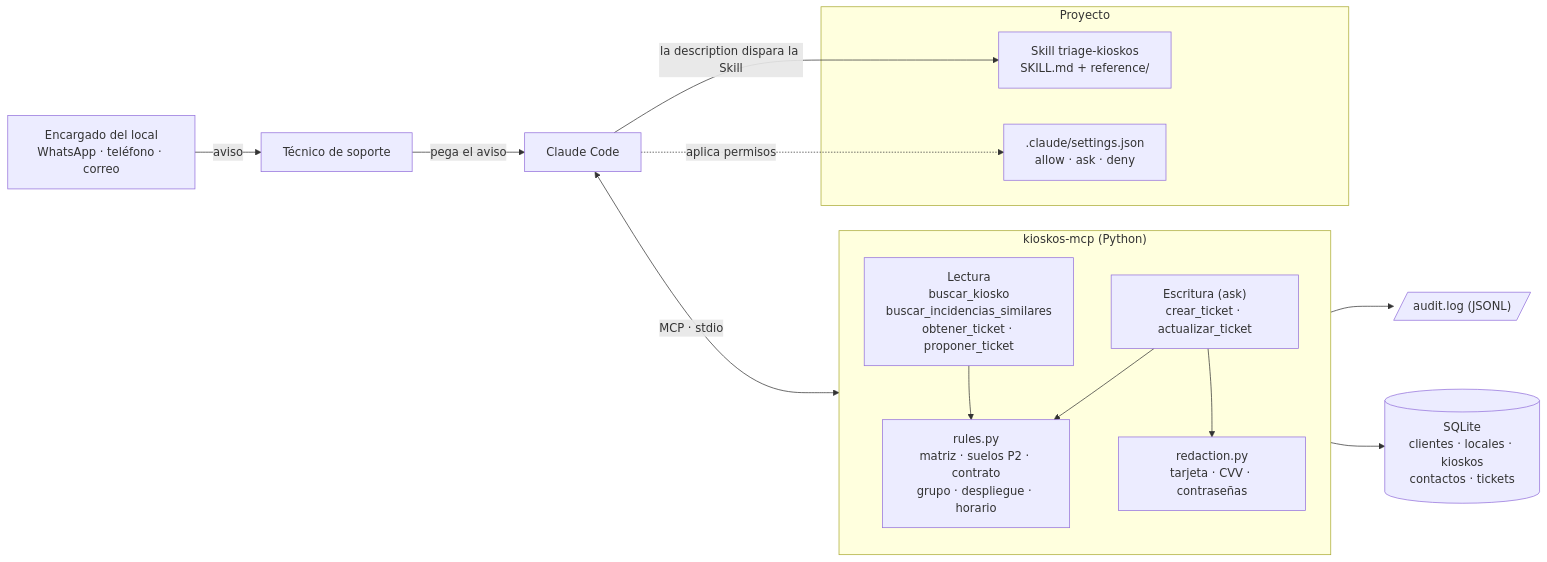
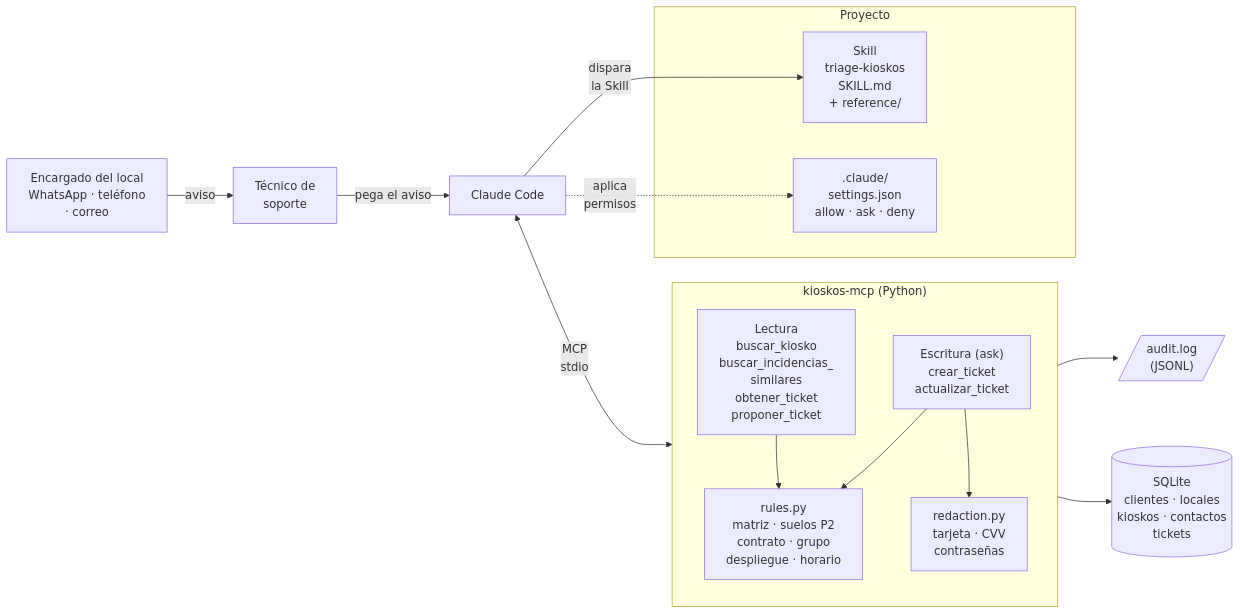
Before and after one commit to ceshino0/soporte-kioskos: the diagram in README.md, drawn with Mermaid.

````diff
--- a/README.md
+++ b/README.md
@@ -34,24 +34,24 @@
 ```mermaid
 flowchart LR
-    L["Encargado del local<br/>WhatsApp · teléfono · correo"] -->|aviso| T[Técnico de soporte]
-    T -->|pega el aviso| CC[Claude Code]
+    L["Encargado del local<br/>WhatsApp · teléfono<br/>· correo"] -->|aviso| T["Técnico de<br/>soporte"]
+    T -->|pega el aviso| CC["Claude Code"]
     subgraph Proyecto
-        SK["Skill triage-kioskos<br/>SKILL.md + reference/"]
-        ST[".claude/settings.json<br/>allow · ask · deny"]
+        SK["Skill<br/>triage-kioskos<br/>SKILL.md<br/>+ reference/"]
+        ST[".claude/<br/>settings.json<br/>allow · ask · deny"]
     end
-    CC -->|la description dispara la Skill| SK
-    CC -. aplica permisos .-> ST
-    CC <-->|MCP · stdio| MCP
+    CC -->|"dispara<br/>la Skill"| SK
+    CC -. "aplica<br/>permisos" .-> ST
+    CC <-->|"MCP<br/>stdio"| MCP
     subgraph MCP["kioskos-mcp (Python)"]
         direction TB
-        R["Lectura<br/>buscar_kiosko<br/>buscar_incidencias_similares<br/>obtener_ticket · proponer_ticket"]
-        W["Escritura (ask)<br/>crear_ticket · actualizar_ticket"]
-        RU["rules.py<br/>matriz · suelos P2 · contrato<br/>grupo · despliegue · horario"]
-        RE["redaction.py<br/>tarjeta · CVV · contraseñas"]
+        R["Lectura<br/>buscar_kiosko<br/>buscar_incidencias_<br/>similares<br/>obtener_ticket<br/>proponer_ticket"]
+        W["Escritura (ask)<br/>crear_ticket<br/>actualizar_ticket"]
+        RU["rules.py<br/>matriz · suelos P2<br/>contrato · grupo<br/>despliegue · horario"]
+        RE["redaction.py<br/>tarjeta · CVV<br/>contraseñas"]
         R --> RU
         W --> RU
         W --> RE
     end
-    MCP --> DB[("SQLite<br/>clientes · locales · kioskos<br/>contactos · tickets")]
-    W --> AU[/"audit.log (JSONL)"/]
+    MCP --> DB[("SQLite<br/>clientes · locales<br/>kioskos · contactos<br/>tickets")]
+    W --> AU[/"audit.log<br/>(JSONL)"/]
 ```
````
